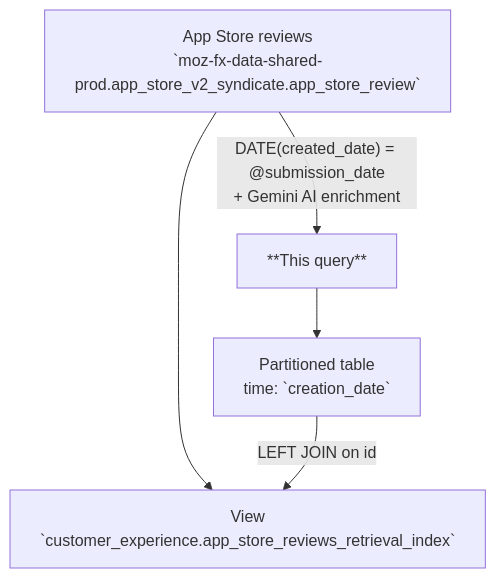
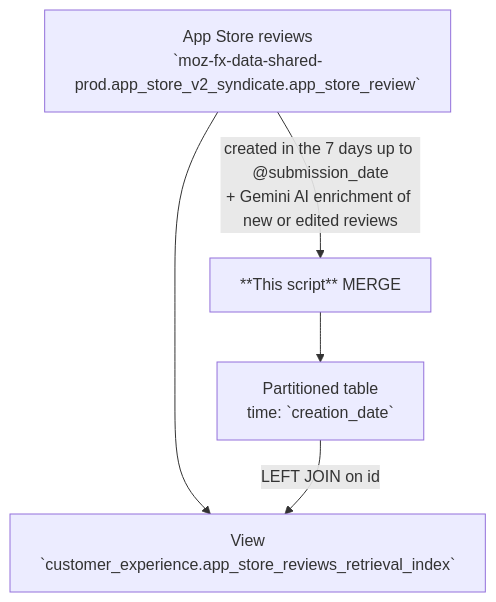
Before and after one commit to mozilla/bigquery-etl: the diagram in sql/moz-fx-data-shared-prod/customer_experience_derived/app_store_reviews_retrieval_index_v1/README.md, drawn with Mermaid. The commit also changed other lines of this file and 8 other files, not shown here.

````diff
--- a/sql/moz-fx-data-shared-prod/customer_experience_derived/app_store_reviews_retrieval_index_v1/README.md
+++ b/sql/moz-fx-data-shared-prod/customer_experience_derived/app_store_reviews_retrieval_index_v1/README.md
@@ -41,7 +41,7 @@
 ```mermaid
 flowchart TD
-  A[App Store reviews<br/>`moz-fx-data-shared-prod.app_store_v2_syndicate.app_store_review`] -->|"DATE(created_date) = @submission_date<br/>+ Gemini AI enrichment"| B[**This query**]
+  A[App Store reviews<br/>`moz-fx-data-shared-prod.app_store_v2_syndicate.app_store_review`] -->|"created in the 7 days up to @submission_date<br/>+ Gemini AI enrichment of new or edited reviews"| B[**This script** MERGE]
   B --> C[Partitioned table<br/>time: `creation_date`]
   A --> D[View<br/>`customer_experience.app_store_reviews_retrieval_index`]
   C -->|LEFT JOIN on id| D
 ```
````
